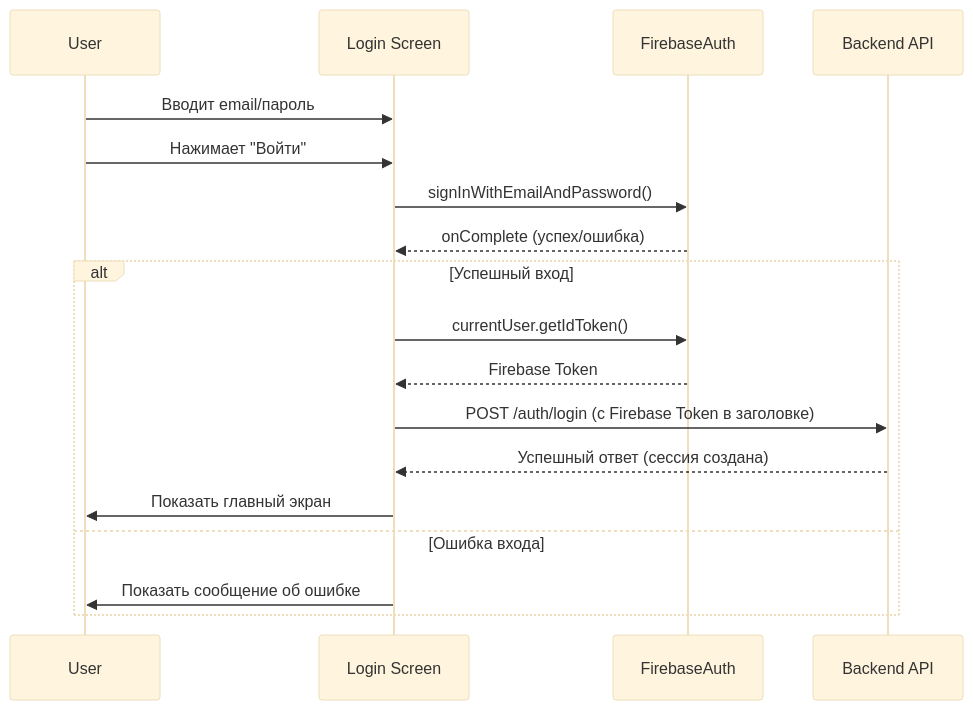
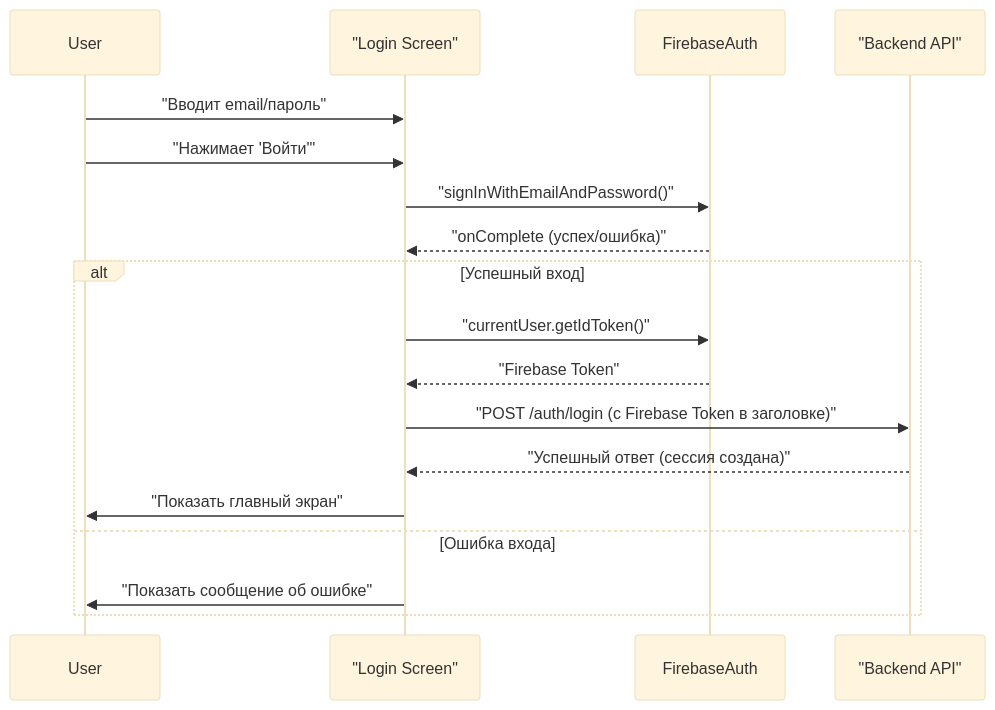
One commit to german355/CookingApp changed the diagram in documentation/06_features.md. Above: the diagram before and after it, drawn with Mermaid (base theme). The commit also changed 2 other files, not shown here.

Commit message:
PredRelese

````diff
--- a/documentation/06_features.md
+++ b/documentation/06_features.md
@@ -18,21 +18,21 @@
 ```mermaid
 sequenceDiagram
     participant User
-    participant View as Login Screen
+    participant View as "Login Screen"
     participant FirebaseAuth
-    participant Backend as Backend API
+    participant Backend as "Backend API"
 
-    User->>View: Вводит email/пароль
-    User->>View: Нажимает "Войти"
-    View->>FirebaseAuth: signInWithEmailAndPassword()
-    FirebaseAuth-->>View: onComplete (успех/ошибка)
+    User->>View: "Вводит email/пароль"
+    User->>View: "Нажимает 'Войти'"
+    View->>FirebaseAuth: "signInWithEmailAndPassword()"
+    FirebaseAuth-->>View: "onComplete (успех/ошибка)"
     alt Успешный вход
-        View->>FirebaseAuth: currentUser.getIdToken()
-        FirebaseAuth-->>View: Firebase Token
-        View->>Backend: POST /auth/login (с Firebase Token в заголовке)
-        Backend-->>View: Успешный ответ (сессия создана)
-        View->>User: Показать главный экран
+        View->>FirebaseAuth: "currentUser.getIdToken()"
+        FirebaseAuth-->>View: "Firebase Token"
+        View->>Backend: "POST /auth/login (с Firebase Token в заголовке)"
+        Backend-->>View: "Успешный ответ (сессия создана)"
+        View->>User: "Показать главный экран"
     else Ошибка входа
-        View->>User: Показать сообщение об ошибке
+        View->>User: "Показать сообщение об ошибке"
     end
 ```
````
